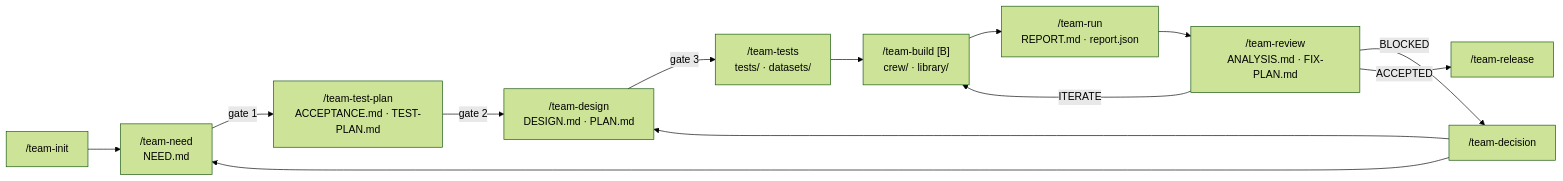
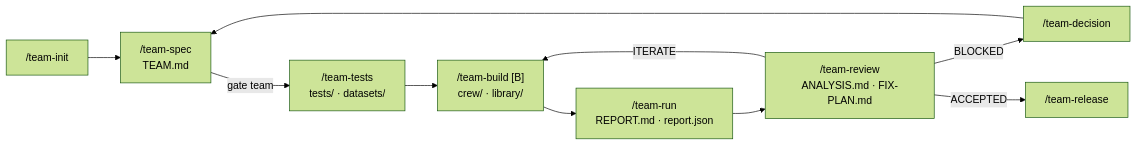
Before and after one commit to Orkeon/orkeon-workshop: the diagram in .devcontainer/harness/references/process/workflow.md, drawn with Mermaid (forest theme). The commit also changed other lines of this file and 335 other files, not shown here.

````diff
--- a/.devcontainer/harness/references/process/workflow.md
+++ b/.devcontainer/harness/references/process/workflow.md
@@ -38,15 +28,12 @@
 ```mermaid
 flowchart LR
-    I["/team-init"] --> N["/team-need<br/>NEED.md"]
-    N -->|gate 1| T["/team-test-plan<br/>ACCEPTANCE.md · TEST-PLAN.md"]
-    T -->|gate 2| D["/team-design<br/>DESIGN.md · PLAN.md"]
-    D -->|gate 3| W["/team-tests<br/>tests/ · datasets/"]
+    I["/team-init"] --> S["/team-spec<br/>TEAM.md"]
+    S -->|gate team| W["/team-tests<br/>tests/ · datasets/"]
     W --> B["/team-build [B<n>]<br/>crew/ · library/"]
     B --> R["/team-run<br/>REPORT.md · report.json"]
     R --> V["/team-review<br/>ANALYSIS.md · FIX-PLAN.md"]
     V -->|ITERATE| B
     V -->|BLOCKED| DEC["/team-decision"]
-    DEC --> N
-    DEC --> D
+    DEC --> S
     V -->|ACCEPTED| P["/team-release"]
 ```
````
